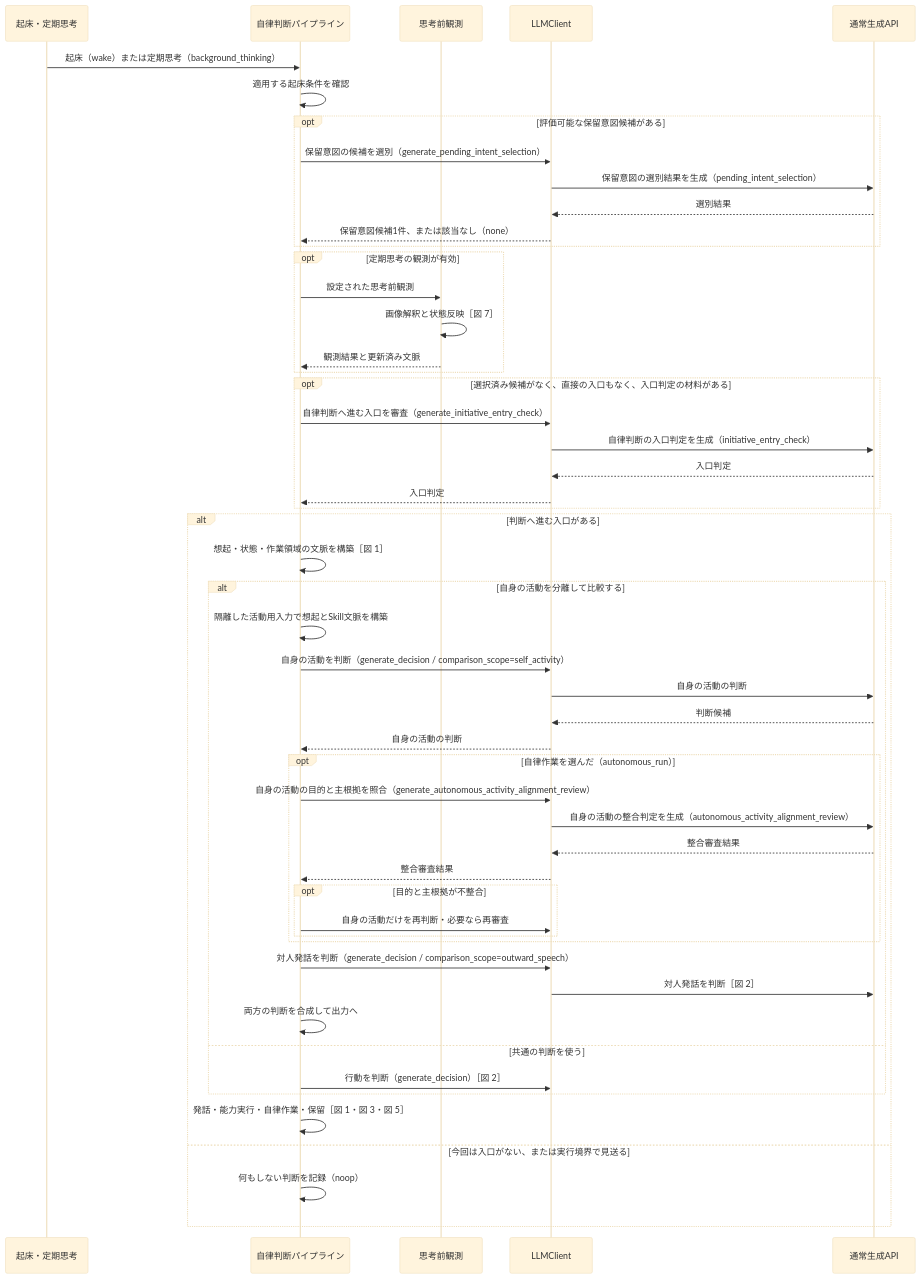
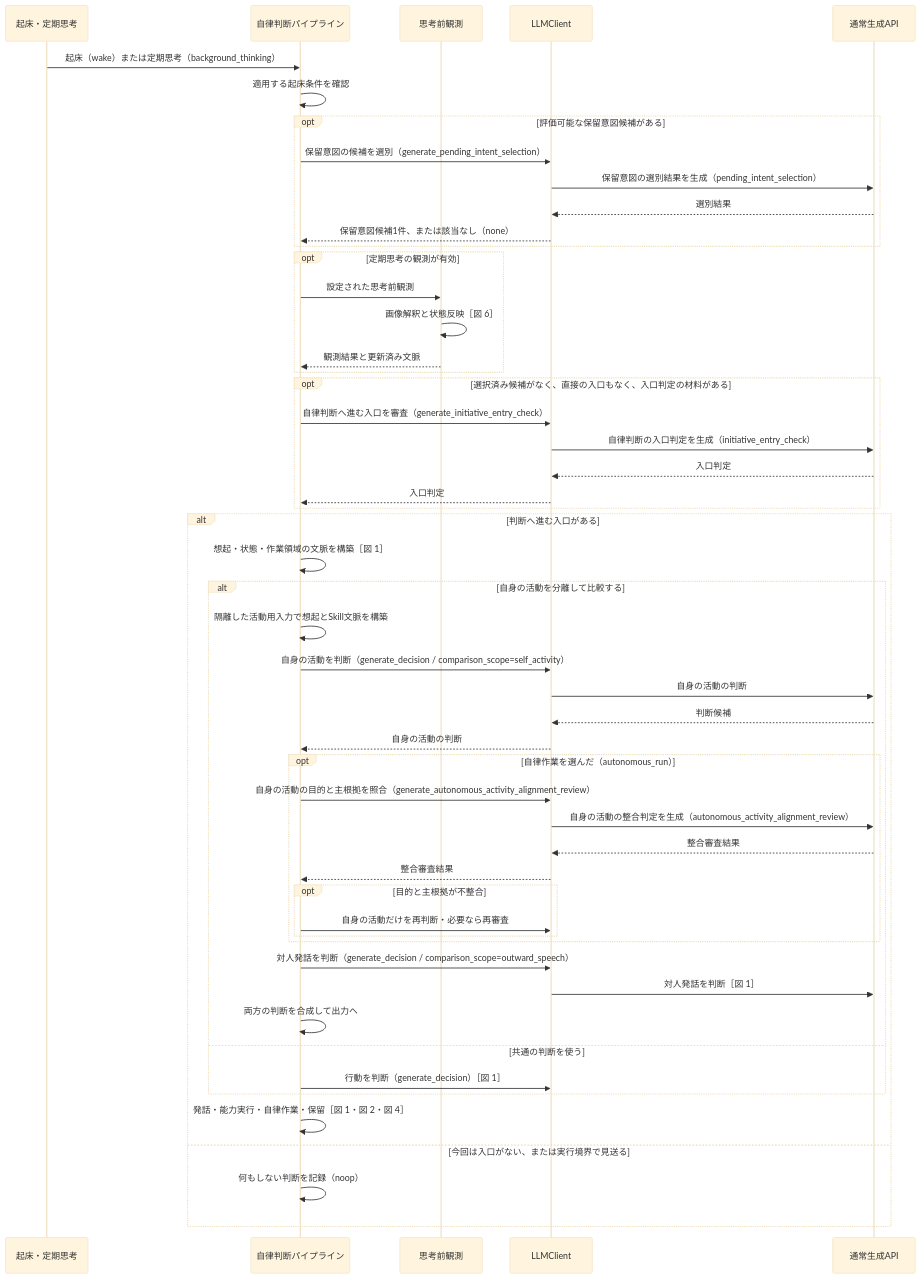
Before and after one commit to hirona98/OtomeKairo: the third of 6 diagrams in docs/design/llm/LLM呼び出しシーケンス.md, drawn with Mermaid (base theme). The commit also changed other lines of this file, not shown here.

Commit message:
判断と発話のシーケンスを通常サイクル図へ統合

````diff
--- a/docs/design/llm/LLM呼び出しシーケンス.md
+++ b/docs/design/llm/LLM呼び出しシーケンス.md
@@ -232,55 +216,55 @@
 ```mermaid
 sequenceDiagram
     participant W as 起床・定期思考
     participant C as 自律判断パイプライン
     participant O as 思考前観測
     participant L as LLMClient
     participant G as 通常生成API
 
     W->>C: 起床（wake）または定期思考（background_thinking）
     C->>C: 適用する起床条件を確認
     opt 評価可能な保留意図候補がある
         C->>L: 保留意図の候補を選別（generate_pending_intent_selection）
         L->>G: 保留意図の選別結果を生成（pending_intent_selection）
         G-->>L: 選別結果
         L-->>C: 保留意図候補1件、または該当なし（none）
     end
     opt 定期思考の観測が有効
         C->>O: 設定された思考前観測
-        O->>O: 画像解釈と状態反映［図 7］
+        O->>O: 画像解釈と状態反映［図 6］
         O-->>C: 観測結果と更新済み文脈
     end
     opt 選択済み候補がなく、直接の入口もなく、入口判定の材料がある
         C->>L: 自律判断へ進む入口を審査（generate_initiative_entry_check）
         L->>G: 自律判断の入口判定を生成（initiative_entry_check）
         G-->>L: 入口判定
         L-->>C: 入口判定
     end
     alt 判断へ進む入口がある
         C->>C: 想起・状態・作業領域の文脈を構築［図 1］
         alt 自身の活動を分離して比較する
             C->>C: 隔離した活動用入力で想起とSkill文脈を構築
             C->>L: 自身の活動を判断（generate_decision / comparison_scope=self_activity）
             L->>G: 自身の活動の判断
             G-->>L: 判断候補
             L-->>C: 自身の活動の判断
             opt 自律作業を選んだ（autonomous_run）
                 C->>L: 自身の活動の目的と主根拠を照合（generate_autonomous_activity_alignment_review）
                 L->>G: 自身の活動の整合判定を生成（autonomous_activity_alignment_review）
                 G-->>L: 整合審査結果
                 L-->>C: 整合審査結果
                 opt 目的と主根拠が不整合
                     C->>L: 自身の活動だけを再判断・必要なら再審査
                 end
             end
             C->>L: 対人発話を判断（generate_decision / comparison_scope=outward_speech）
-            L->>G: 対人発話を判断［図 2］
+            L->>G: 対人発話を判断［図 1］
             C->>C: 両方の判断を合成して出力へ
         else 共通の判断を使う
-            C->>L: 行動を判断（generate_decision）［図 2］
+            C->>L: 行動を判断（generate_decision）［図 1］
         end
-        C->>C: 発話・能力実行・自律作業・保留［図 1・図 3・図 5］
+        C->>C: 発話・能力実行・自律作業・保留［図 1・図 2・図 4］
     else 今回は入口がない、または実行境界で見送る
         C->>C: 何もしない判断を記録（noop）
     end
 ```
````
